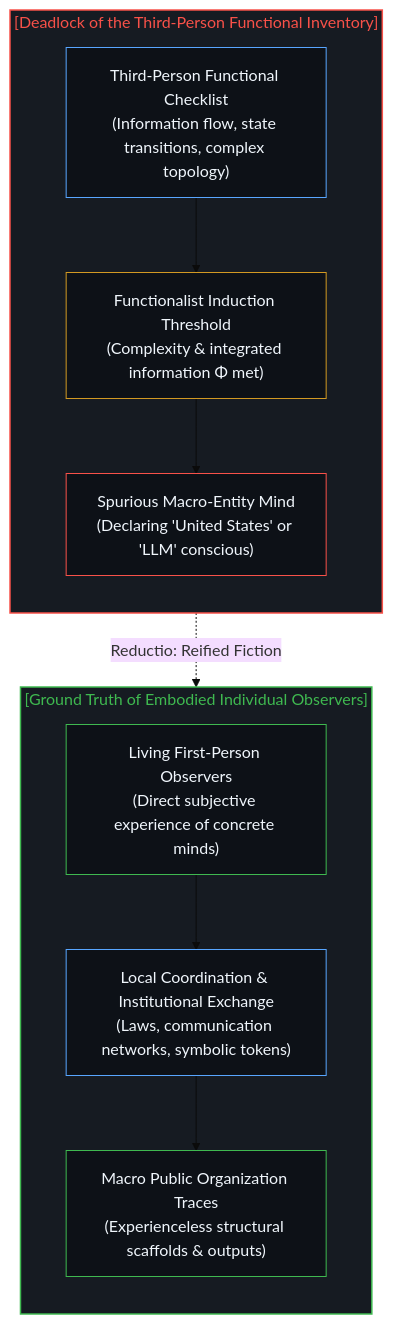
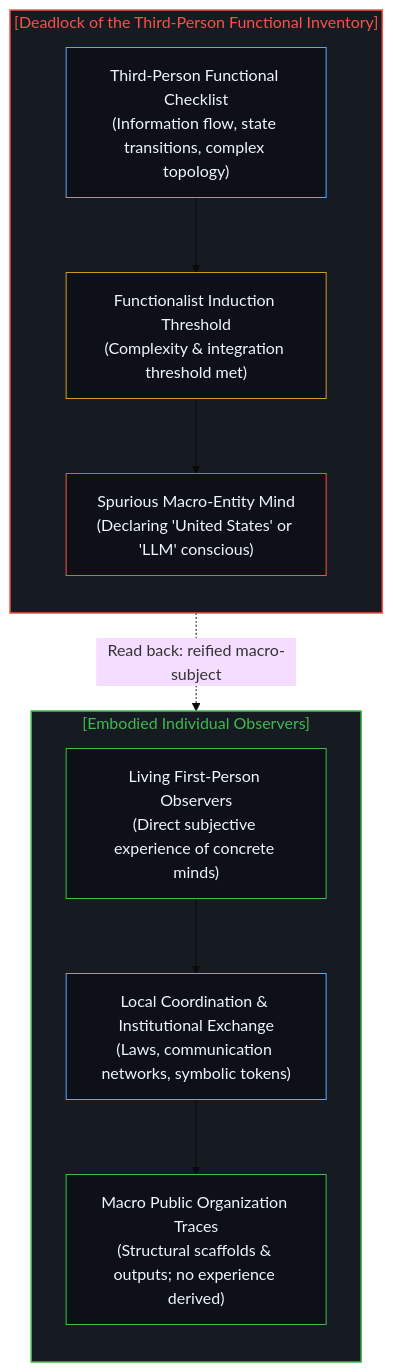
Before and after one commit to powerpig99/not-a-toe: the second of 10 diagrams in content/posts/subtracting-consciousness-at-the-source.md, drawn with Mermaid (base theme). The commit also changed other lines of this file and 2 other files, not shown here.

````diff
--- a/content/posts/subtracting-consciousness-at-the-source.md
+++ b/content/posts/subtracting-consciousness-at-the-source.md
@@ -41,25 +41,25 @@
 ```mermaid
 graph TD
     subgraph S_ThirdPerson_EN["[Deadlock of the Third-Person Functional Inventory]"]
         direction TB
-        TE1["Third-Person Functional Checklist<br/>(Information flow, state transitions, complex topology)"] --> TE2["Functionalist Induction Threshold<br/>(Complexity & integrated information Φ met)"]
+        TE1["Third-Person Functional Checklist<br/>(Information flow, state transitions, complex topology)"] --> TE2["Functionalist Induction Threshold<br/>(Complexity & integration threshold met)"]
         TE2 --> TE3["Spurious Macro-Entity Mind<br/>(Declaring 'United States' or 'LLM' conscious)"]
     end
 
-    subgraph S_FirstPerson_EN["[Ground Truth of Embodied Individual Observers]"]
+    subgraph S_FirstPerson_EN["[Embodied Individual Observers]"]
         direction TB
         FE1["Living First-Person Observers<br/>(Direct subjective experience of concrete minds)"] --> FE2["Local Coordination & Institutional Exchange<br/>(Laws, communication networks, symbolic tokens)"]
-        FE2 --> FE3["Macro Public Organization Traces<br/>(Experienceless structural scaffolds & outputs)"]
+        FE2 --> FE3["Macro Public Organization Traces<br/>(Structural scaffolds & outputs; no experience derived)"]
     end
 
-    TE3 -.->|"Reductio: Reified Fiction"| FE3
+    TE3 -.->|"Read back: reified macro-subject"| FE3
 
     style S_ThirdPerson_EN fill:#161b22,stroke:#f85149,stroke-width:1.5px,color:#f85149
     style S_FirstPerson_EN fill:#161b22,stroke:#3fb950,stroke-width:1.5px,color:#3fb950
     style TE1 fill:#0d1117,stroke:#58a6ff,stroke-width:1px,color:#f0f6fc
     style TE2 fill:#0d1117,stroke:#d29922,stroke-width:1px,color:#f0f6fc
     style TE3 fill:#0d1117,stroke:#f85149,stroke-width:1px,color:#f0f6fc
     style FE1 fill:#0d1117,stroke:#3fb950,stroke-width:1px,color:#f0f6fc
     style FE2 fill:#0d1117,stroke:#58a6ff,stroke-width:1px,color:#f0f6fc
     style FE3 fill:#0d1117,stroke:#3fb950,stroke-width:1px,color:#f0f6fc
 ```
````
